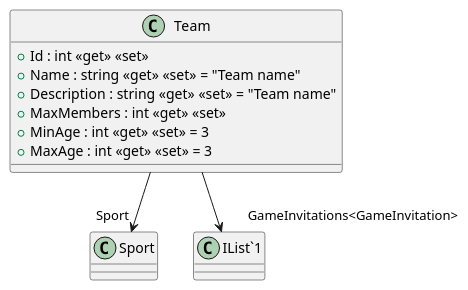
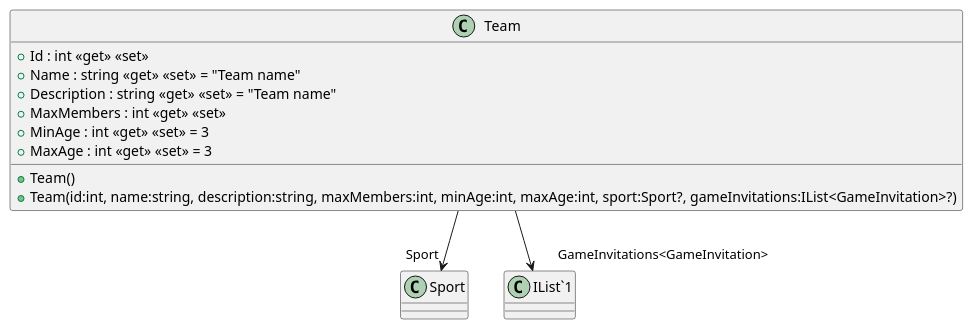
The diagram in src/AppForSEII.API/ClassDiagram/Team.puml (SEII2627SEALLUAN/SEII2627SEALLUAN), drawn with PlantUML before and after one commit. The commit also changed 13 other files, not shown here.

Commit message:
- finish the definition of its classes of Model folowing the instructions of the previous week. - create the different relationships included in its UC diagram.

```diff
--- a/src/AppForSEII.API/ClassDiagram/Team.puml
+++ b/src/AppForSEII.API/ClassDiagram/Team.puml
@@ -1,12 +1,14 @@
 @startuml
 class Team {
+    + Team()
+    + Team(id:int, name:string, description:string, maxMembers:int, minAge:int, maxAge:int, sport:Sport?, gameInvitations:IList<GameInvitation>?)
     + Id : int <<get>> <<set>>
     + Name : string <<get>> <<set>> = "Team name"
     + Description : string <<get>> <<set>> = "Team name"
     + MaxMembers : int <<get>> <<set>>
     + MinAge : int <<get>> <<set>> = 3
     + MaxAge : int <<get>> <<set>> = 3
 }
 Team --> "Sport" Sport
 Team --> "GameInvitations<GameInvitation>" "IList`1"
 @enduml
```
